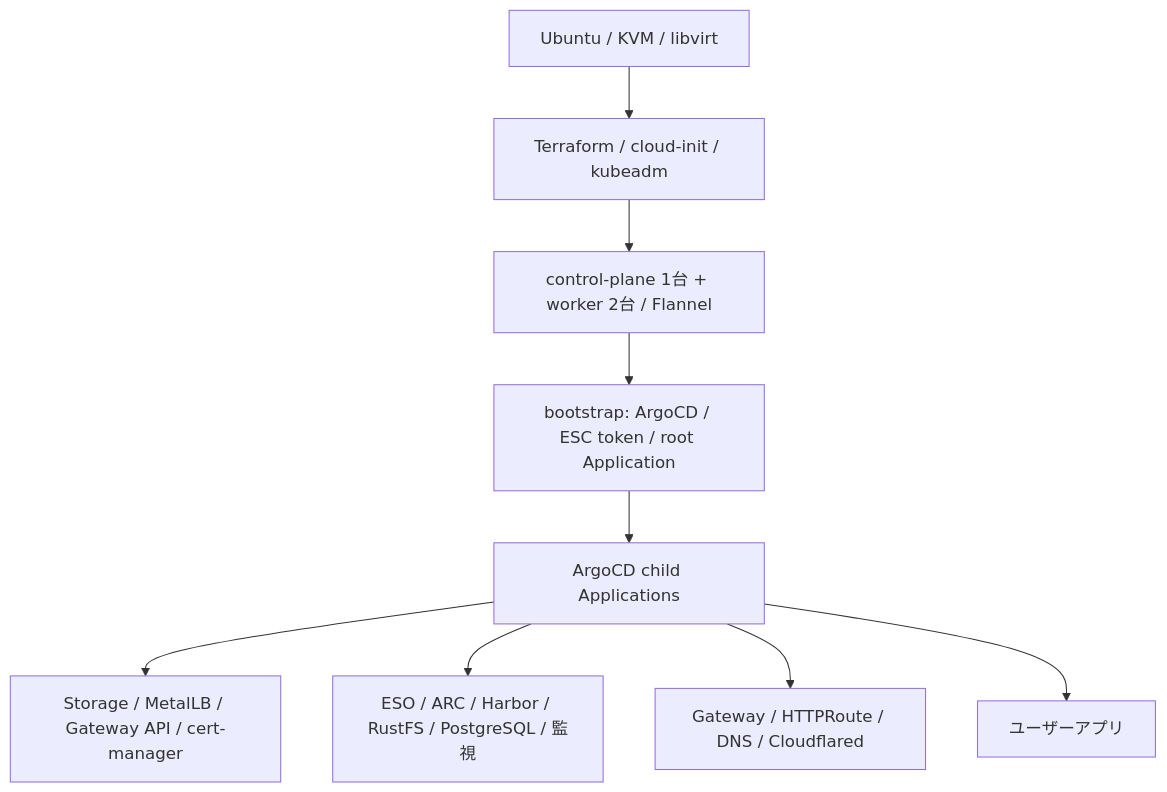
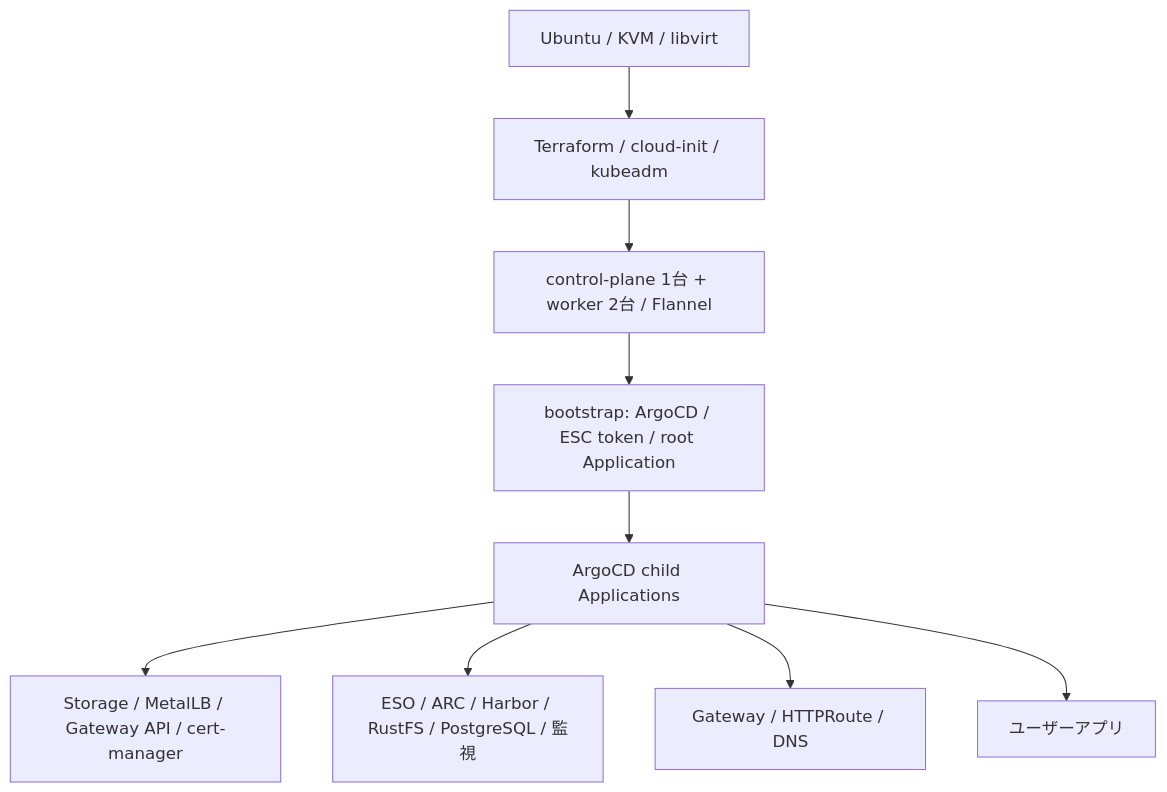
Before and after one commit to ksera524/k8s_myHome: the diagram in docs/architecture.md, drawn with Mermaid. The commit also changed other lines of this file and 4 other files, not shown here.

````diff
--- a/docs/architecture.md
+++ b/docs/architecture.md
@@ -6,11 +6,11 @@
 ```mermaid
 flowchart TD
   Host[Ubuntu / KVM / libvirt] --> TF[Terraform / cloud-init / kubeadm]
   TF --> K8s[control-plane 1台 + worker 2台 / Flannel]
   K8s --> Boot[bootstrap: ArgoCD / ESC token / root Application]
   Boot --> Argo[ArgoCD child Applications]
   Argo --> Infra[Storage / MetalLB / Gateway API / cert-manager]
   Argo --> Platform[ESO / ARC / Harbor / RustFS / PostgreSQL / 監視]
-  Argo --> Access[Gateway / HTTPRoute / DNS / Cloudflared]
+  Argo --> Access[Gateway / HTTPRoute / DNS]
   Argo --> Apps[ユーザーアプリ]
 ```
````
